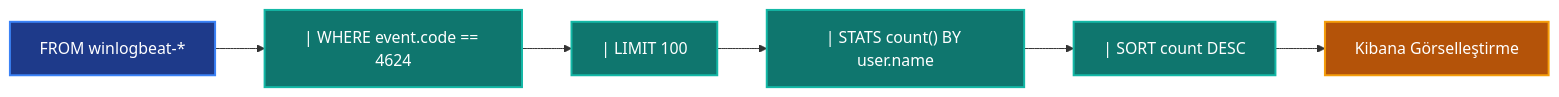
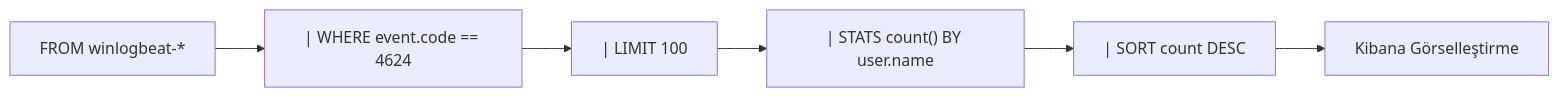
The second of 3 diagrams in website/content/elastic-stack/tr.md (yusufarbc/yusufarbc), drawn with Mermaid before and after one commit. The commit also changed other lines of this file and 24 other files, not shown here.

````diff
--- a/website/content/elastic-stack/tr.md
+++ b/website/content/elastic-stack/tr.md
@@ -100,19 +93,15 @@
 ```mermaid
 graph LR
-    classDef step fill:#1e3a8a,stroke:#3b82f6,stroke-width:2px,color:#fff;
-    classDef filter fill:#0f766e,stroke:#14b8a6,stroke-width:2px,color:#fff;
-    classDef output fill:#b45309,stroke:#f59e0b,stroke-width:2px,color:#fff;
-
-    Index["FROM winlogbeat-*"]:::step
-    Filter["| WHERE event.code == 4624"]:::filter
-    Limit["| LIMIT 100"]:::filter
-    Stats["| STATS count() BY user.name"]:::filter
-    Sort["| SORT count DESC"]:::filter
-    Result["Kibana Görselleştirme"]:::output
+    Index["FROM winlogbeat-*"]
+    Filter["| WHERE event.code == 4624"]
+    Limit["| LIMIT 100"]
+    Stats["| STATS count() BY user.name"]
+    Sort["| SORT count DESC"]
+    Result["Kibana Görselleştirme"]
 
     Index --> Filter
     Filter --> Limit
     Limit --> Stats
     Stats --> Sort
     Sort --> Result
 ```
````
